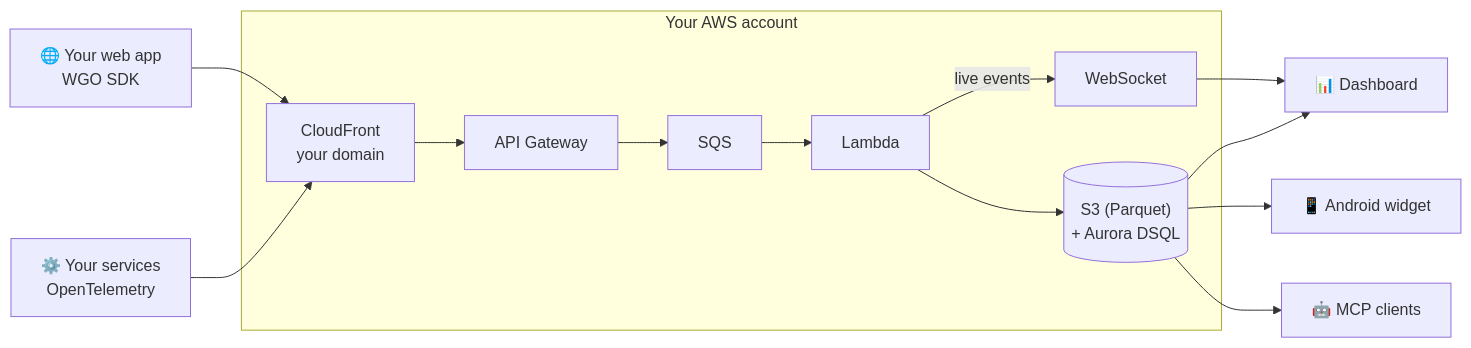
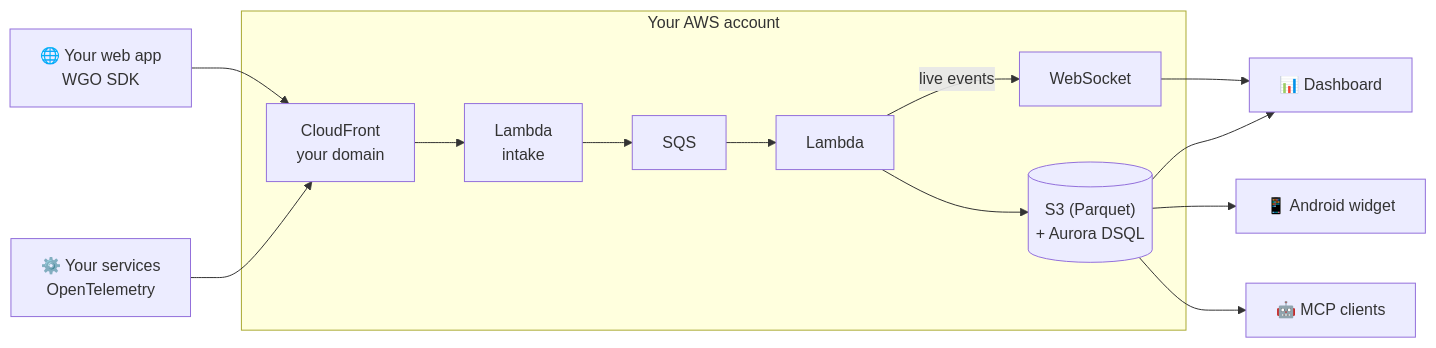
The diagram in FEATURES.md (ljacobsson/wgo-analytics), drawn with Mermaid before and after one commit. The commit also changed 13 other files, not shown here.

First line of the commit message:
feat: implement intake Lambda function for SDK batches and OTLP requests

````diff
--- a/FEATURES.md
+++ b/FEATURES.md
@@ -203,22 +203,22 @@
 ```mermaid
 flowchart LR
   B["🌐 Your web app<br/>WGO SDK"] --> CF["CloudFront<br/>your domain"]
   S["⚙️ Your services<br/>OpenTelemetry"] --> CF
-  CF --> API["API Gateway"]
+  CF --> API["Lambda<br/>intake"]
   API --> Q["SQS"]
   Q --> L["Lambda"]
   L --> D[("S3 (Parquet)<br/>+ Aurora DSQL")]
   L -- live events --> W["WebSocket"]
   W --> UI["📊 Dashboard"]
   D --> UI
   D --> P["📱 Android widget"]
   D --> M["🤖 MCP clients"]
   subgraph AWS["Your AWS account"]
     CF
     API
     Q
     L
     D
     W
   end
 ```
````
